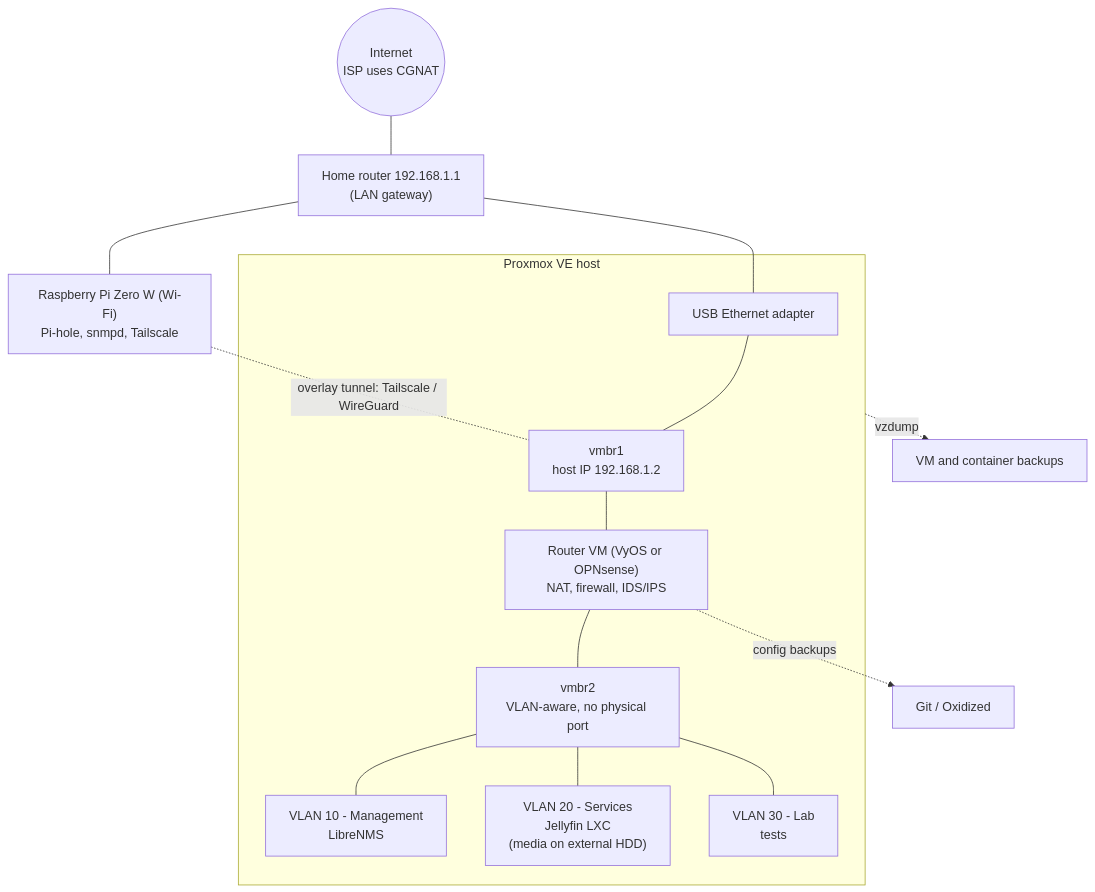
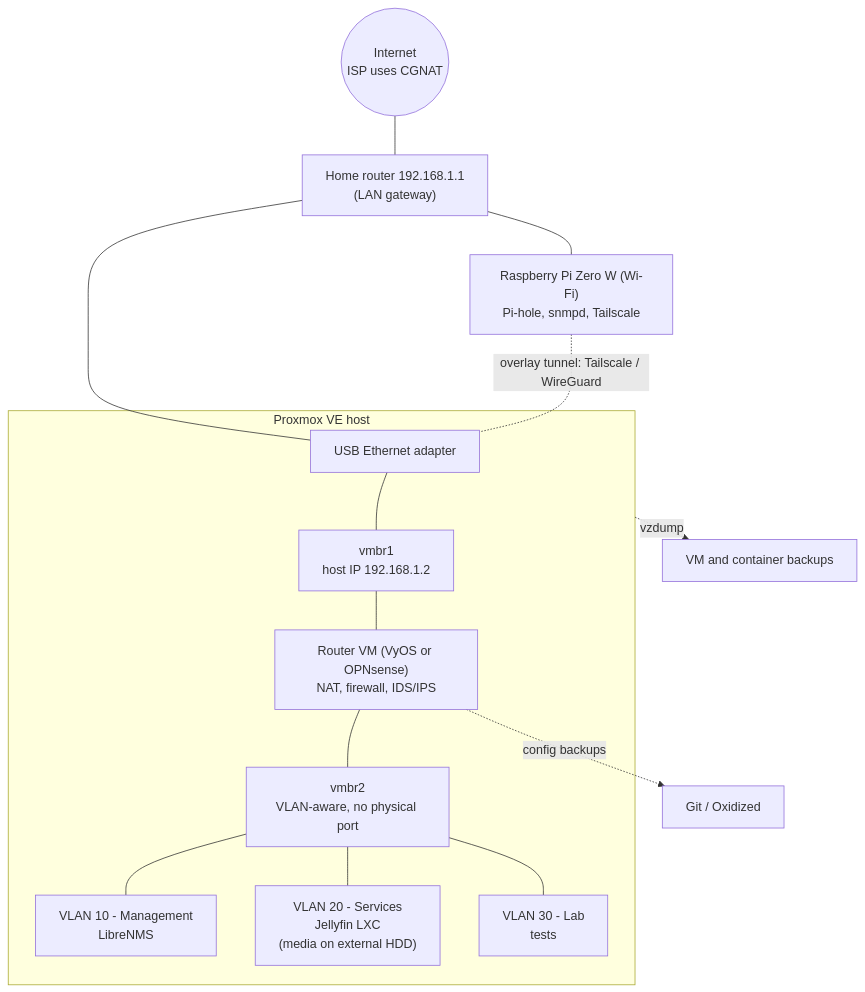
Before and after one commit to marcell6449/homelab_IdeaPad3_RaspberryZeroW: the diagram in README.md, drawn with Mermaid.

Commit message:
Update README to change overlay tunnel label

````diff
--- a/README.md
+++ b/README.md
@@ -31,19 +31,19 @@
 ```mermaid
 flowchart TB
     Internet(("Internet<br/>ISP uses CGNAT")) --- Router["Home router 192.168.1.1<br/>(LAN gateway)"]
     Router --- Pi["Raspberry Pi Zero W (Wi-Fi)<br/>Pi-hole, snmpd, Tailscale"]
     Router --- NIC["USB Ethernet adapter"]
 
     subgraph PVE["Proxmox VE host"]
         NIC --- BR1["vmbr1<br/>host IP 192.168.1.2"]
         BR1 --- RVM["Router VM (VyOS or OPNsense)<br/>NAT, firewall, IDS/IPS"]
         RVM --- BR2["vmbr2<br/>VLAN-aware, no physical port"]
         BR2 --- V10["VLAN 10 - Management<br/>LibreNMS"]
         BR2 --- V20["VLAN 20 - Services<br/>Jellyfin LXC<br/>(media on external HDD)"]
         BR2 --- V30["VLAN 30 - Lab<br/>tests"]
     end
 
-    Pi -. "overlay tunnel: Tailscale / WireGuard" .- BR1
+    Pi -. "overlay tunnel: Tailscale / WireGuard" .- NIC
     RVM -. "config backups" .-> Git["Git / Oxidized"]
     PVE -. "vzdump" .-> Backups["VM and container backups"]
 ```
````
